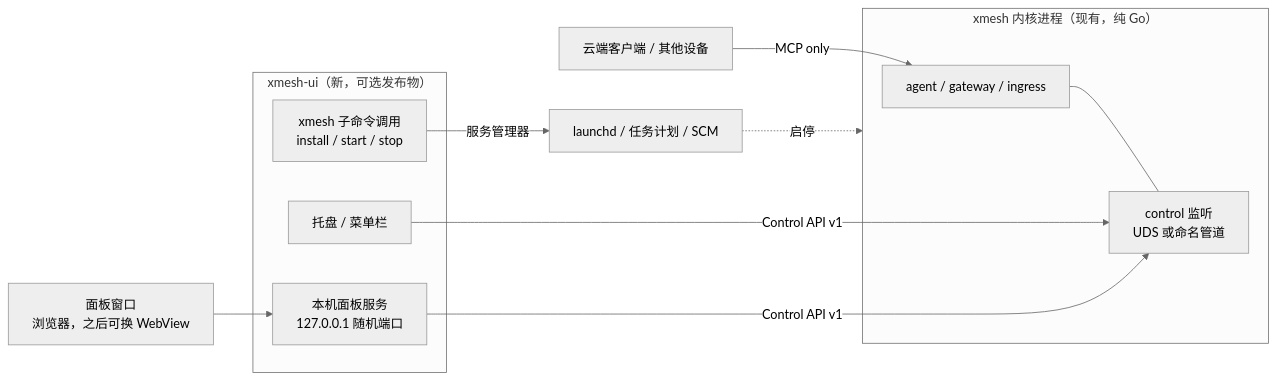
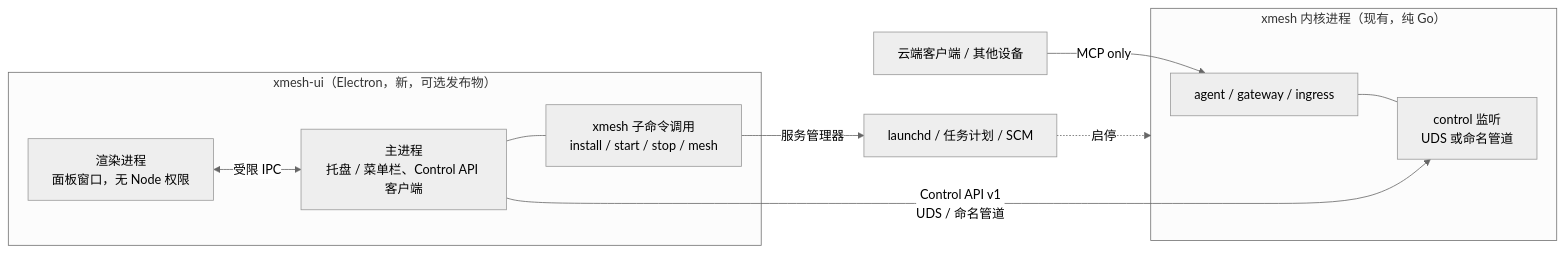
The diagram in docs/design/12-ui-and-control.md (tzf1003/xmesh), drawn with Mermaid (neutral theme) before and after one commit. The commit also changed other lines of this file and 2 other files, not shown here.

First line of the commit message:
docs: switch the planned desktop UI to Electron

````diff
--- a/docs/design/12-ui-and-control.md
+++ b/docs/design/12-ui-and-control.md
@@ -30,19 +30,19 @@
 ```mermaid
 flowchart LR
   subgraph kernel["xmesh 内核进程（现有，纯 Go）"]
     roles["agent / gateway / ingress"]
     ctl["control 监听<br/>UDS 或命名管道"]
     roles --- ctl
   end
-  subgraph ui["xmesh-ui（新，可选发布物）"]
-    tray["托盘 / 菜单栏"]
-    bff["本机面板服务<br/>127.0.0.1 随机端口"]
-    cli["xmesh 子命令调用<br/>install / start / stop"]
+  subgraph ui["xmesh-ui（Electron，新，可选发布物）"]
+    main["主进程<br/>托盘 / 菜单栏、Control API 客户端"]
+    renderer["渲染进程<br/>面板窗口，无 Node 权限"]
+    cli["xmesh 子命令调用<br/>install / start / stop / mesh"]
+    renderer <-->|"受限 IPC"| main
+    main --- cli
   end
-  tray -->|"Control API v1"| ctl
-  bff -->|"Control API v1"| ctl
+  main -->|"Control API v1<br/>UDS / 命名管道"| ctl
   cli -->|"服务管理器"| svc["launchd / 任务计划 / SCM"]
   svc -.启停.-> kernel
-  browser["面板窗口<br/>浏览器，之后可换 WebView"] --> bff
   cloud["云端客户端 / 其他设备"] -->|"MCP only"| roles
 ```
````
